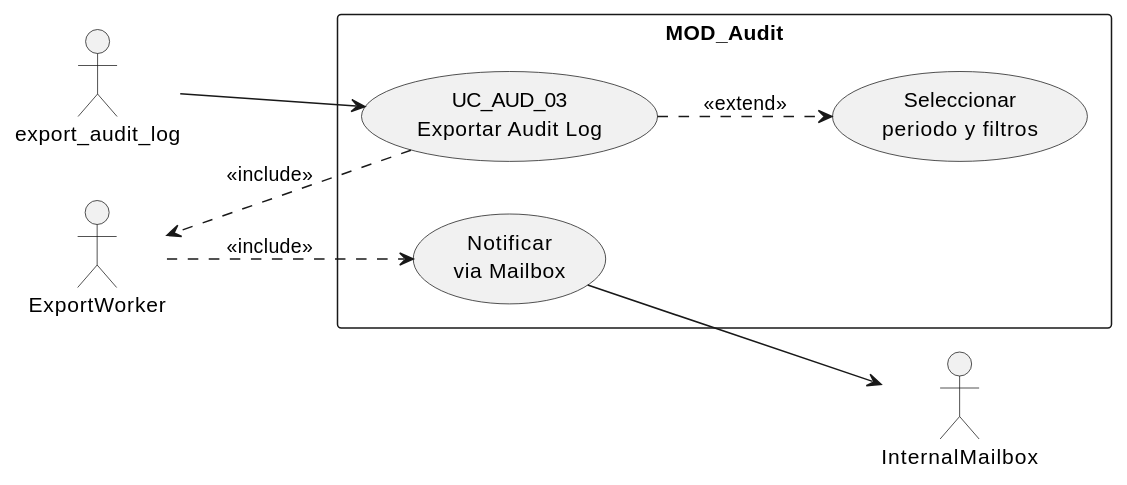
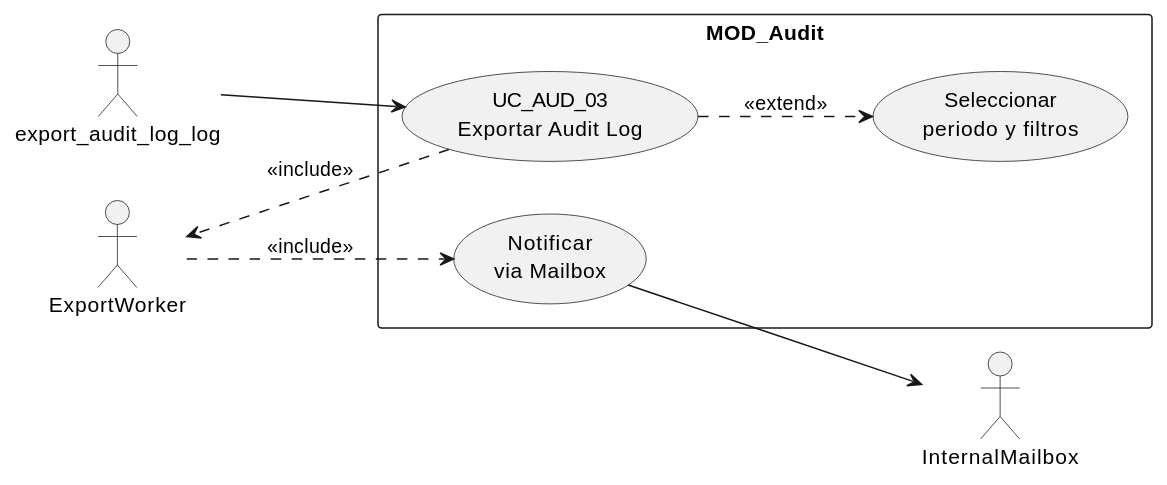
One commit to jcg-admin/IACT-docs changed the first of 4 diagrams in source/requisitos/casos-uso/audit/uc-aud-03/diagramas-uml.rst. Above: the diagram before and after it, drawn with PlantUML. The commit also changed other lines of this file and 108 other files, not shown here.

First line of the commit message:
Apply catalog function names to non-diagram RST files

```diff
--- a/source/requisitos/casos-uso/audit/uc-aud-03/diagramas-uml.rst
+++ b/source/requisitos/casos-uso/audit/uc-aud-03/diagramas-uml.rst
@@ -10,18 +10,18 @@
 .. uml::
 
  @startuml
  left to right direction
- actor "export_audit_log" as USR
+ actor "export_audit_log_log" as USR
  actor "ExportWorker" as EW
  actor "InternalMailbox" as MB
  rectangle "MOD_Audit" {
    usecase "UC_AUD_03\nExportar Audit Log" as UC03
    usecase "Seleccionar\nperiodo y filtros" as SEL
    usecase "Notificar\nvia Mailbox" as NOT
  }
  USR --> UC03
  UC03 ..> SEL : <<extend>>
  UC03 ..> EW : <<include>>
  EW ..> NOT : <<include>>
  NOT --> MB
  @enduml
```
